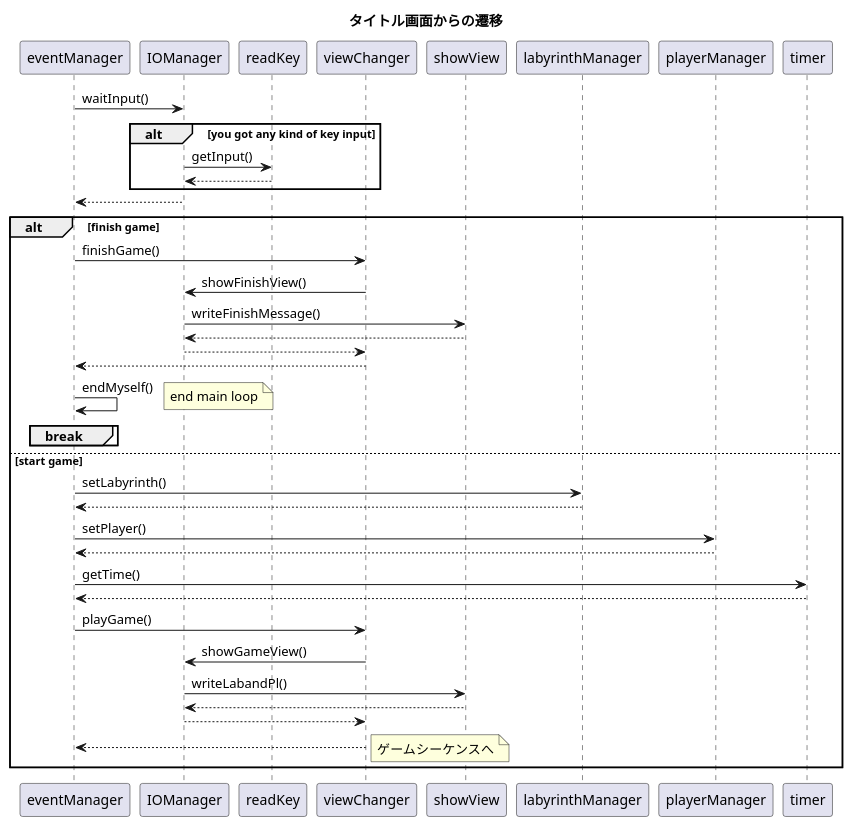
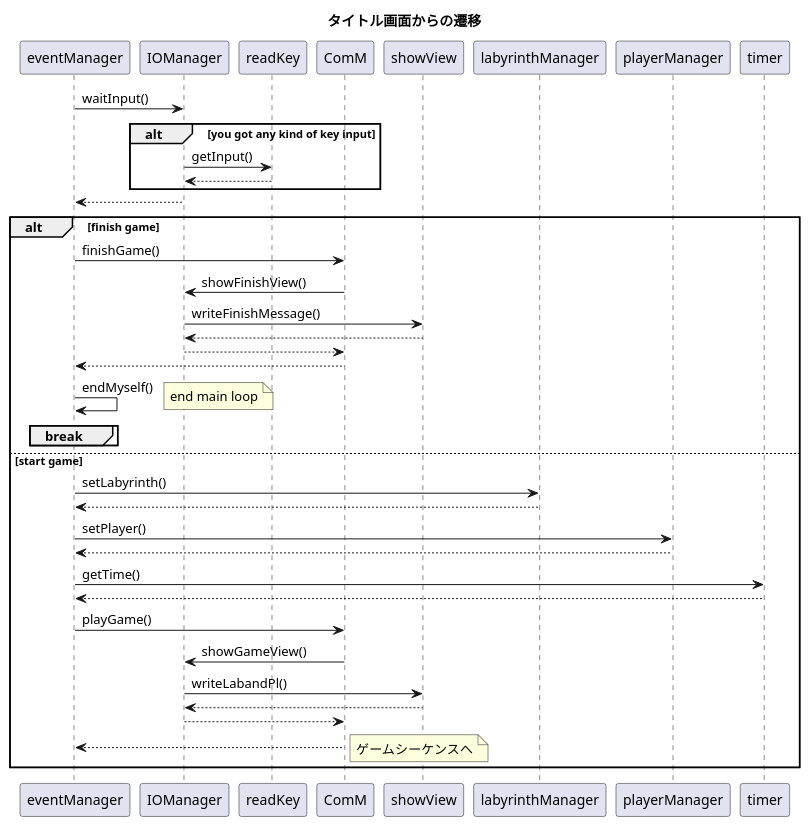
Before and after one commit to horiyoshihiro/LabyrinthGame: the diagram in Doc/S_startGame.pu, drawn with PlantUML. The commit also changed 18 other files, not shown here.

Commit message:
コンポーネント図を修正。Player周りの実装。クラスのフィールドを返す関数は絞った方がよい？@自宅

```diff
--- a/Doc/S_startGame.pu
+++ b/Doc/S_startGame.pu
@@ -1,50 +1,50 @@
 @startuml
 
 title タイトル画面からの遷移
 
 eventManager -> IOManager : waitInput()
     alt you got any kind of key input
         IOManager -> readKey : getInput()
         readKey --> IOManager
     end
 IOManager --> eventManager
 
 alt finish game
-    eventManager -> viewChanger : finishGame()
-        viewChanger -> IOManager : showFinishView()
+    eventManager -> ComM : finishGame()
+        ComM -> IOManager : showFinishView()
             IOManager -> showView : writeFinishMessage()
             showView --> IOManager
-        IOManager --> viewChanger
-    viewChanger --> eventManager
+        IOManager --> ComM
+    ComM --> eventManager
     eventManager -> eventManager : endMyself()
     break
         note right
             end main loop
         end note
     end
 
 else start game
     eventManager -> labyrinthManager : setLabyrinth()
     labyrinthManager --> eventManager
     
     eventManager -> playerManager : setPlayer()
     playerManager -->eventManager
 
     eventManager -> timer : getTime()
     timer --> eventManager
 
-    eventManager -> viewChanger : playGame()
-        viewChanger -> IOManager : showGameView()
+    eventManager -> ComM : playGame()
+        ComM -> IOManager : showGameView()
             IOManager -> showView : writeLabandPl()
             showView --> IOManager
-        IOManager --> viewChanger
-    viewChanger --> eventManager
+        IOManager --> ComM
+    ComM --> eventManager
 
     note right
         ゲームシーケンスへ
     end note
 
 end
 
 
 @enduml
```
